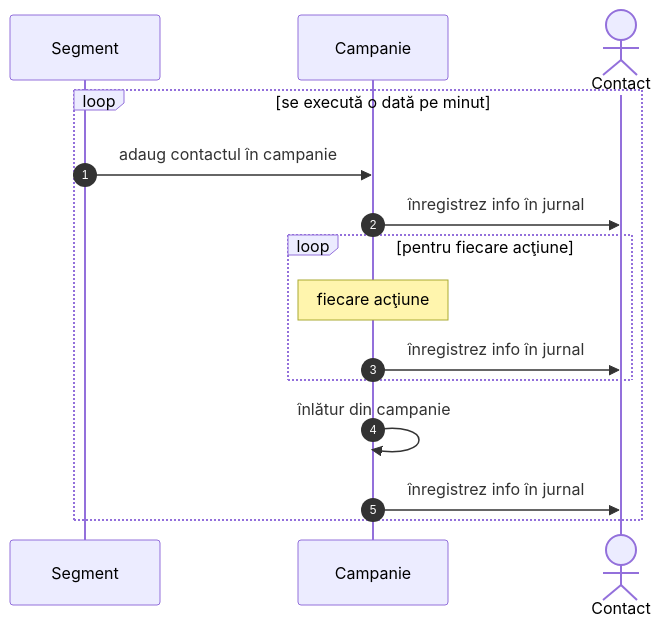
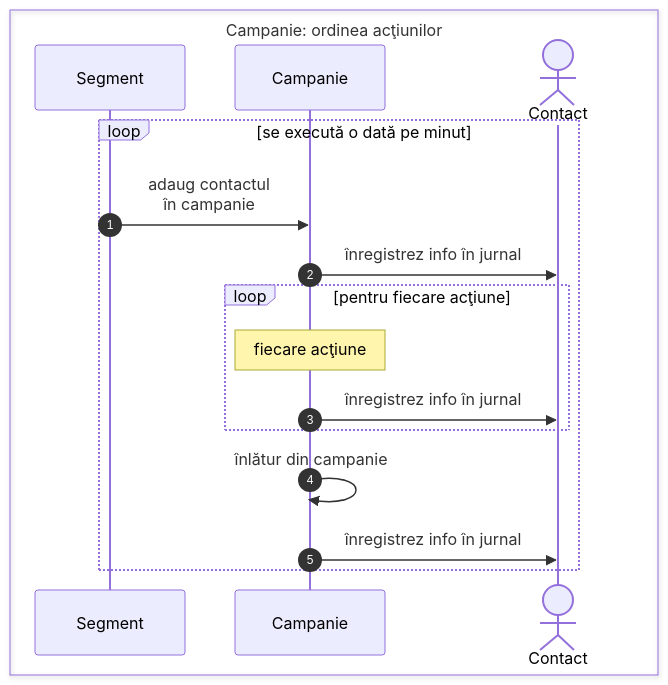
Before and after one commit to IonutOjicaDE/IonutOjicaDE.github.io: the third of 3 diagrams in _posts/2024-03-11-campanii-capcana-inlatura-din-campanie.md, drawn with Mermaid. The commit also changed other lines of this file and 26 other files, not shown here.

Commit message:
adaugat autor, corectat mermaid

````diff
--- a/_posts/2024-03-11-campanii-capcana-inlatura-din-campanie.md
+++ b/_posts/2024-03-11-campanii-capcana-inlatura-din-campanie.md
@@ -83,18 +89,20 @@
 ```mermaid
 sequenceDiagram
+  box Campanie: ordinea acţiunilor
     participant Segment
     participant Campanie
     actor Contact
-    autonumber
+  end
+  autonumber
 
-    loop se execută o dată pe minut
-        Segment->>Campanie: adaug contactul în campanie
-        Campanie->>Contact: înregistrez info în jurnal
-        loop pentru fiecare acţiune
-            Note over Campanie: fiecare acţiune
-            Campanie->>Contact: înregistrez info în jurnal
-        end
-        Campanie->>Campanie: înlătur din campanie
-        Campanie->>Contact: înregistrez info în jurnal
+  loop se execută o dată pe minut
+    Segment->>Campanie: adaug contactul<br>în campanie
+    Campanie->>Contact: înregistrez info în jurnal
+    loop pentru fiecare acţiune
+      Note over Campanie: fiecare acţiune
+      Campanie->>Contact: înregistrez info în jurnal
     end
+    Campanie->>Campanie: înlătur din campanie
+    Campanie->>Contact: înregistrez info în jurnal
+  end
 ```
````
